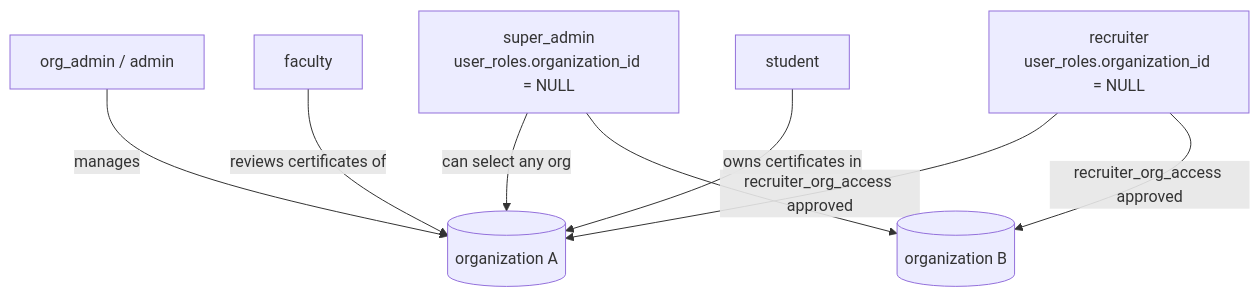
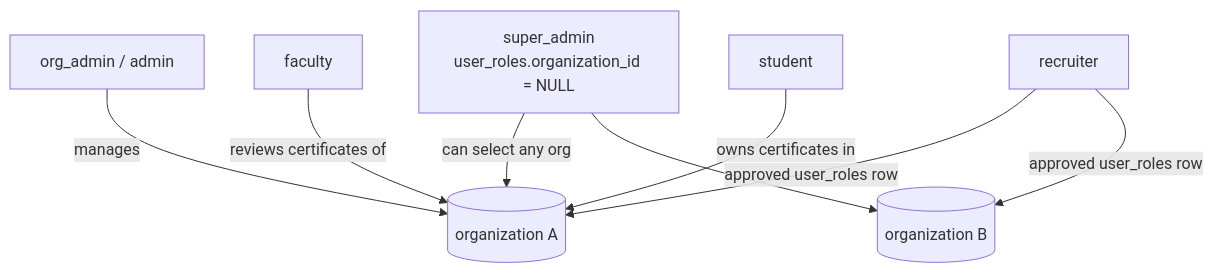
Before and after one commit to Ujjwaljain16/CampusSync: the diagram in my-app/docs/Multi-Org-Arch.md, drawn with Mermaid. The commit also changed other lines of this file and 5 other files, not shown here.

````diff
--- a/my-app/docs/Multi-Org-Arch.md
+++ b/my-app/docs/Multi-Org-Arch.md
@@ -6,10 +6,10 @@
 ```mermaid
 graph TD
     SU[super_admin<br/>user_roles.organization_id = NULL] -->|can select any org| O1[(organization A)]
     SU --> O2[(organization B)]
     OA[org_admin / admin] -->|manages| O1
     F[faculty] -->|reviews certificates of| O1
     S[student] -->|owns certificates in| O1
-    R[recruiter<br/>user_roles.organization_id = NULL] -->|recruiter_org_access approved| O1
-    R -->|recruiter_org_access approved| O2
+    R[recruiter] -->|approved user_roles row| O1
+    R -->|approved user_roles row| O2
 ```
````
